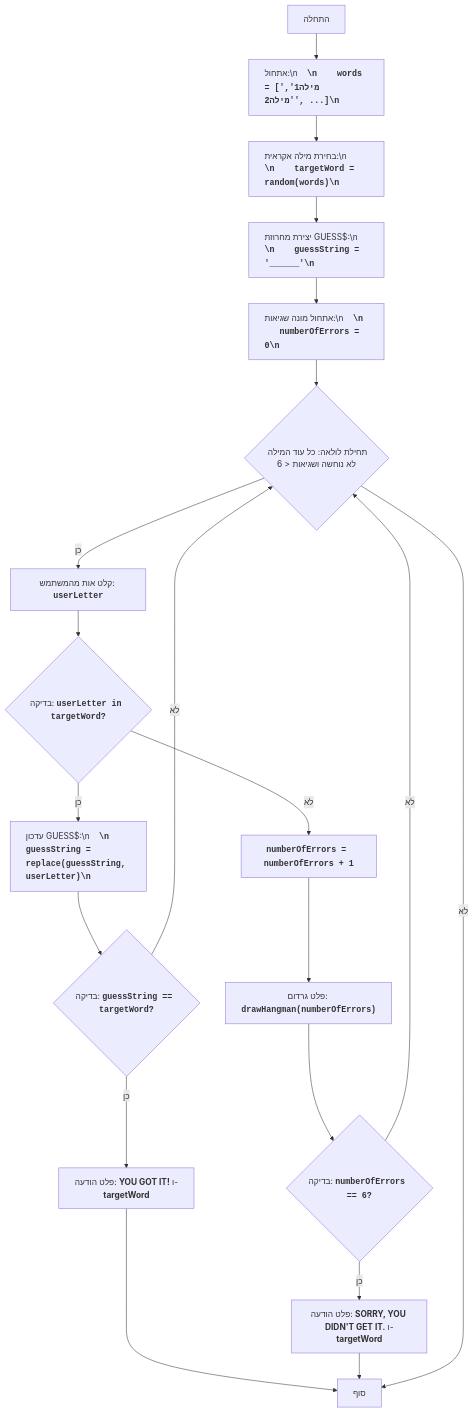
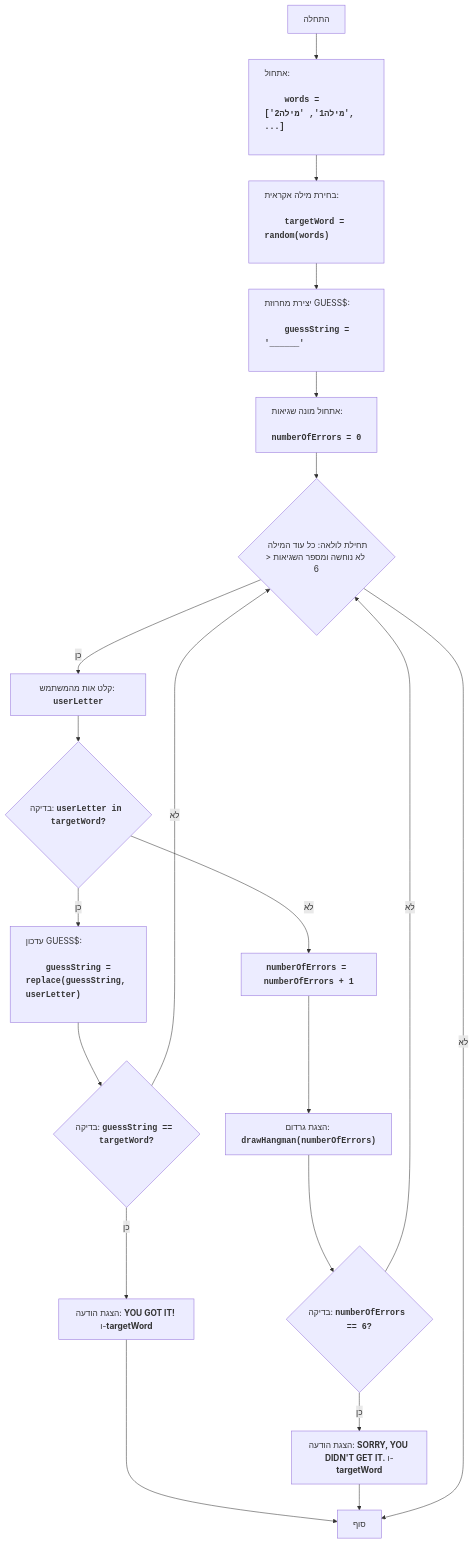
The diagram in docs/gemini/he/doc/src/endpoints/ai_games/101_basic_computer_games/ru/GAMES/HANG/README.MD.md (hypo69/hypo), drawn with Mermaid before and after one commit. The commit also changed other lines of this file and 885 other files, not shown here.

````diff
--- a/docs/gemini/he/doc/src/endpoints/ai_games/101_basic_computer_games/ru/GAMES/HANG/README.MD.md
+++ b/docs/gemini/he/doc/src/endpoints/ai_games/101_basic_computer_games/ru/GAMES/HANG/README.MD.md
@@ -45,34 +37,34 @@
 ```mermaid
 ---
 config:
   layout: fixed
 ---
 flowchart TD
 
-    Start["התחלה"] --> InitializeWords@{ label: "<p align=\"left\">אתחול:\\n    <code><b>\\n    words = ['מילה1', 'מילה2', ...]\\n    </b></code></p>" }
-    InitializeWords --> ChooseWord@{ label: "<p align=\"left\">בחירת מילה אקראית:\\n    <code><b>\\n    targetWord = random(words)\\n    </b></code></p>" }
-    ChooseWord --> CreateGuessString@{ label: "<p align=\"left\">יצירת מחרוזת GUESS$:\\n    <code><b>\\n    guessString = '______'\\n    </b></code></p>" }
-    CreateGuessString --> InitializeErrors@{ label: "<p align=\"left\">אתחול מונה שגיאות:\\n    <code><b>\\n    numberOfErrors = 0\\n    </b></code></p>" }
-    InitializeErrors --> LoopStart{"תחילת לולאה: כל עוד המילה לא נוחשה ושגיאות &lt; 6"}
+    Start["התחלה"] --> InitializeWords@{ label: "<p align=\"left\">אתחול:<br>    <code><b><br>    words = ['מילה1', 'מילה2', ...]<br>    </b></code></p>" }
+    InitializeWords --> ChooseWord@{ label: "<p align=\"left\">בחירת מילה אקראית:<br>    <code><b><br>    targetWord = random(words)<br>    </b></code></p>" }
+    ChooseWord --> CreateGuessString@{ label: "<p align=\"left\">יצירת מחרוזת GUESS$:<br>    <code><b><br>    guessString = '______'<br>    </b></code></p>" }
+    CreateGuessString --> InitializeErrors@{ label: "<p align=\"left\">אתחול מונה שגיאות:<br>    <code><b><br>    numberOfErrors = 0<br>    </b></code></p>" }
+    InitializeErrors --> LoopStart{"תחילת לולאה: כל עוד המילה לא נוחשה ומספר השגיאות < 6"}
     LoopStart -- כן --> InputLetter["קלט אות מהמשתמש: <code><b>userLetter</b></code>"]
     InputLetter --> CheckLetter{"בדיקה: <code><b>userLetter in targetWord?</b></code>"}
-    CheckLetter -- כן --> UpdateGuessString@{ label: "<p align=\"left\">עדכון GUESS$:\\n    <code><b>\\n    guessString = replace(guessString, userLetter)\\n    </b></code></p>" }
+    CheckLetter -- כן --> UpdateGuessString@{ label: "<p align=\"left\">עדכון GUESS$:<br>    <code><b><br>    guessString = replace(guessString, userLetter)<br>    </b></code></p>" }
     UpdateGuessString --> CheckWin{"בדיקה: <code><b>guessString == targetWord?</b></code>"}
-    CheckWin -- כן --> OutputWin["פלט הודעה: <b>YOU GOT IT!</b> ו-<b>targetWord</b>"]
+    CheckWin -- כן --> OutputWin["הצגת הודעה: <b>YOU GOT IT!</b> ו-<b>targetWord</b>"]
     OutputWin --> End["סוף"]
     CheckWin -- לא --> LoopStart
     CheckLetter -- לא --> IncreaseErrors["<code><b>numberOfErrors = numberOfErrors + 1</b></code>"]
-    IncreaseErrors --> DrawHangman["פלט גרדום: <code><b>drawHangman(numberOfErrors)</b></code>"]
+    IncreaseErrors --> DrawHangman["הצגת גרדום: <code><b>drawHangman(numberOfErrors)</b></code>"]
     DrawHangman --> CheckLose{"בדיקה: <code><b>numberOfErrors == 6?</b></code>"}
-    CheckLose -- כן --> OutputLose@{ label: "פלט הודעה: <b>SORRY, YOU DIDN'T GET IT.</b> ו-<b>targetWord</b>" }
+    CheckLose -- כן --> OutputLose@{ label: "הצגת הודעה: <b>SORRY, YOU DIDN'T GET IT.</b> ו-<b>targetWord</b>" }
     OutputLose --> End
     CheckLose -- לא --> LoopStart
     LoopStart -- לא --> End
     InitializeWords@{ shape: rect}
     ChooseWord@{ shape: rect}
     CreateGuessString@{ shape: rect}
     InitializeErrors@{ shape: rect}
     UpdateGuessString@{ shape: rect}
     OutputLose@{ shape: rect}
 
 ```
````
